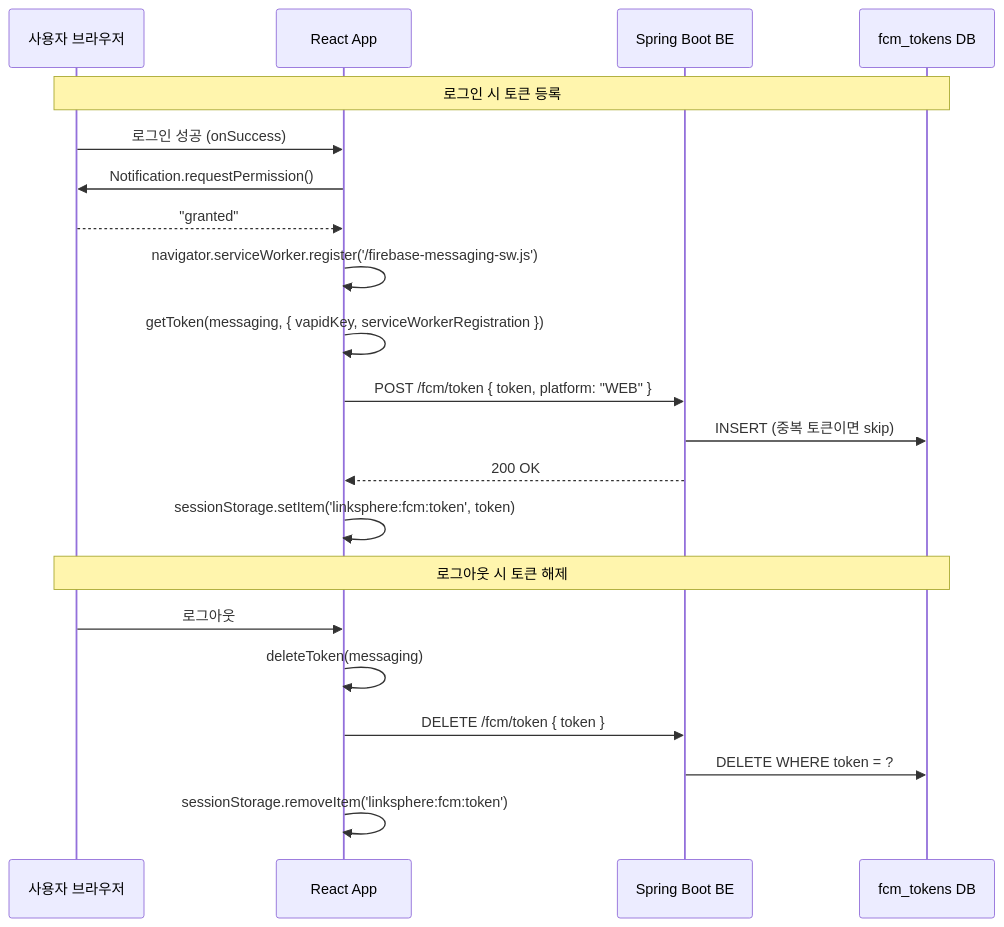
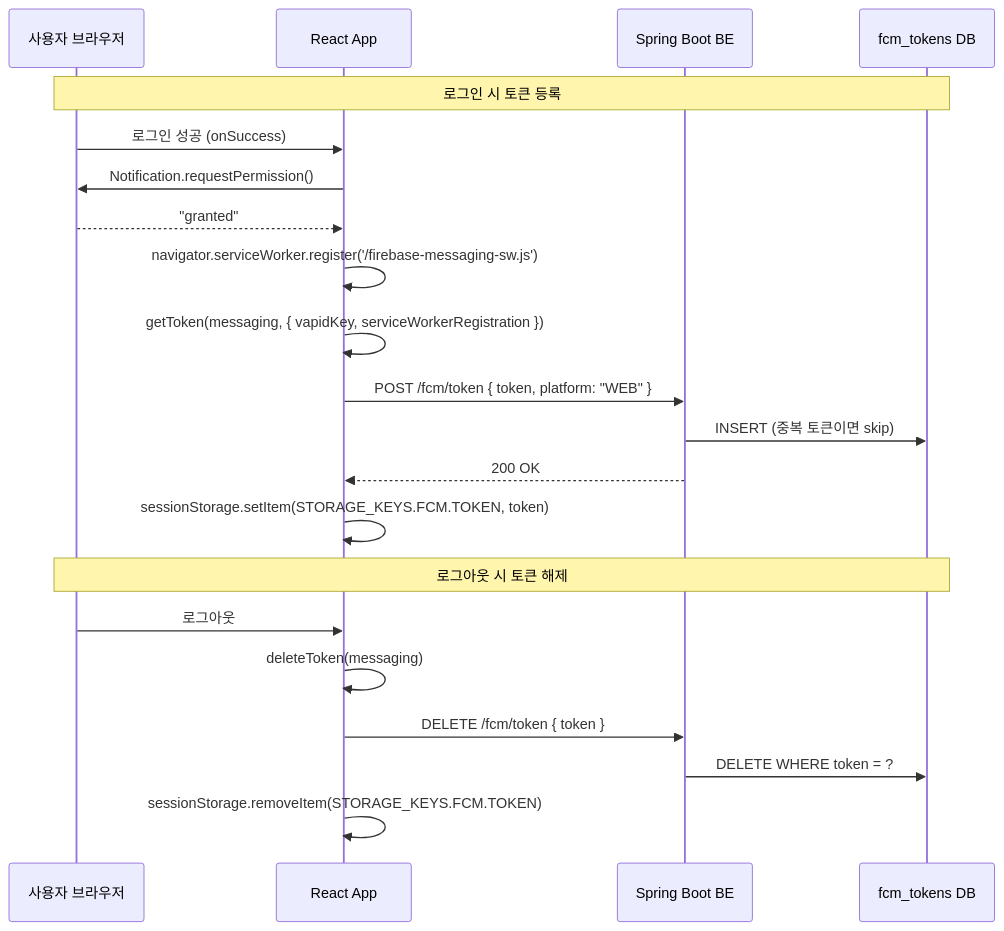
Before and after one commit to BAECHAN/link-sphere_FE_NEW: the second of 3 diagrams in docs/FCM-PUSH-NOTIFICATION.md, drawn with Mermaid. The commit also changed other lines of this file, not shown here.

First line of the commit message:
docs: FCM-PUSH-NOTIFICATION.md를 자기완결형 13단계 형식으로 재구성 + 코드 정확성 정정

````diff
--- a/docs/FCM-PUSH-NOTIFICATION.md
+++ b/docs/FCM-PUSH-NOTIFICATION.md
@@ -64,25 +101,25 @@
 ```mermaid
 sequenceDiagram
   participant User as 사용자 브라우저
   participant FE as React App
   participant BE as Spring Boot BE
   participant DB as fcm_tokens DB
 
   Note over User,DB: 로그인 시 토큰 등록
   User->>FE: 로그인 성공 (onSuccess)
   FE->>User: Notification.requestPermission()
   User-->>FE: "granted"
   FE->>FE: navigator.serviceWorker.register('/firebase-messaging-sw.js')
   FE->>FE: getToken(messaging, { vapidKey, serviceWorkerRegistration })
   FE->>BE: POST /fcm/token { token, platform: "WEB" }
   BE->>DB: INSERT (중복 토큰이면 skip)
   BE-->>FE: 200 OK
-  FE->>FE: sessionStorage.setItem('linksphere:fcm:token', token)
+  FE->>FE: sessionStorage.setItem(STORAGE_KEYS.FCM.TOKEN, token)
 
   Note over User,DB: 로그아웃 시 토큰 해제
   User->>FE: 로그아웃
   FE->>FE: deleteToken(messaging)
   FE->>BE: DELETE /fcm/token { token }
   BE->>DB: DELETE WHERE token = ?
-  FE->>FE: sessionStorage.removeItem('linksphere:fcm:token')
+  FE->>FE: sessionStorage.removeItem(STORAGE_KEYS.FCM.TOKEN)
 ```
````
